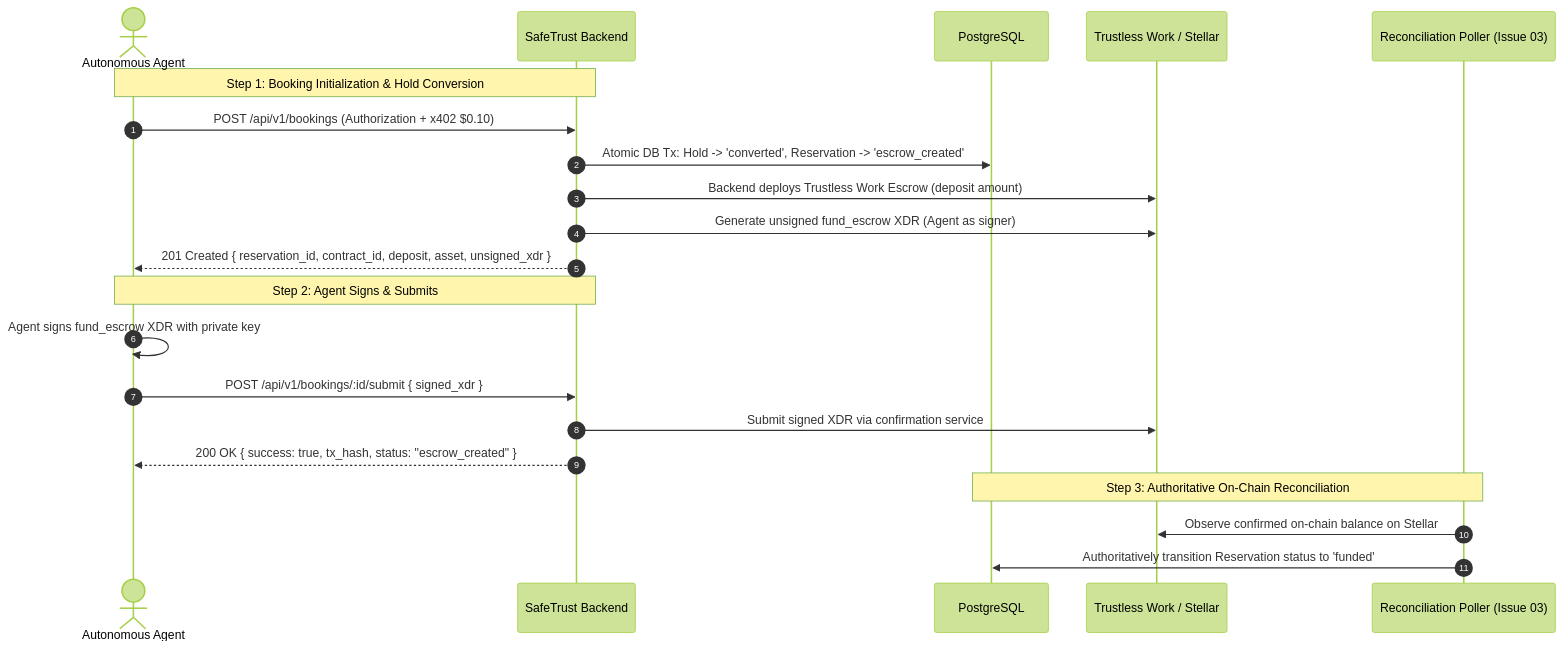
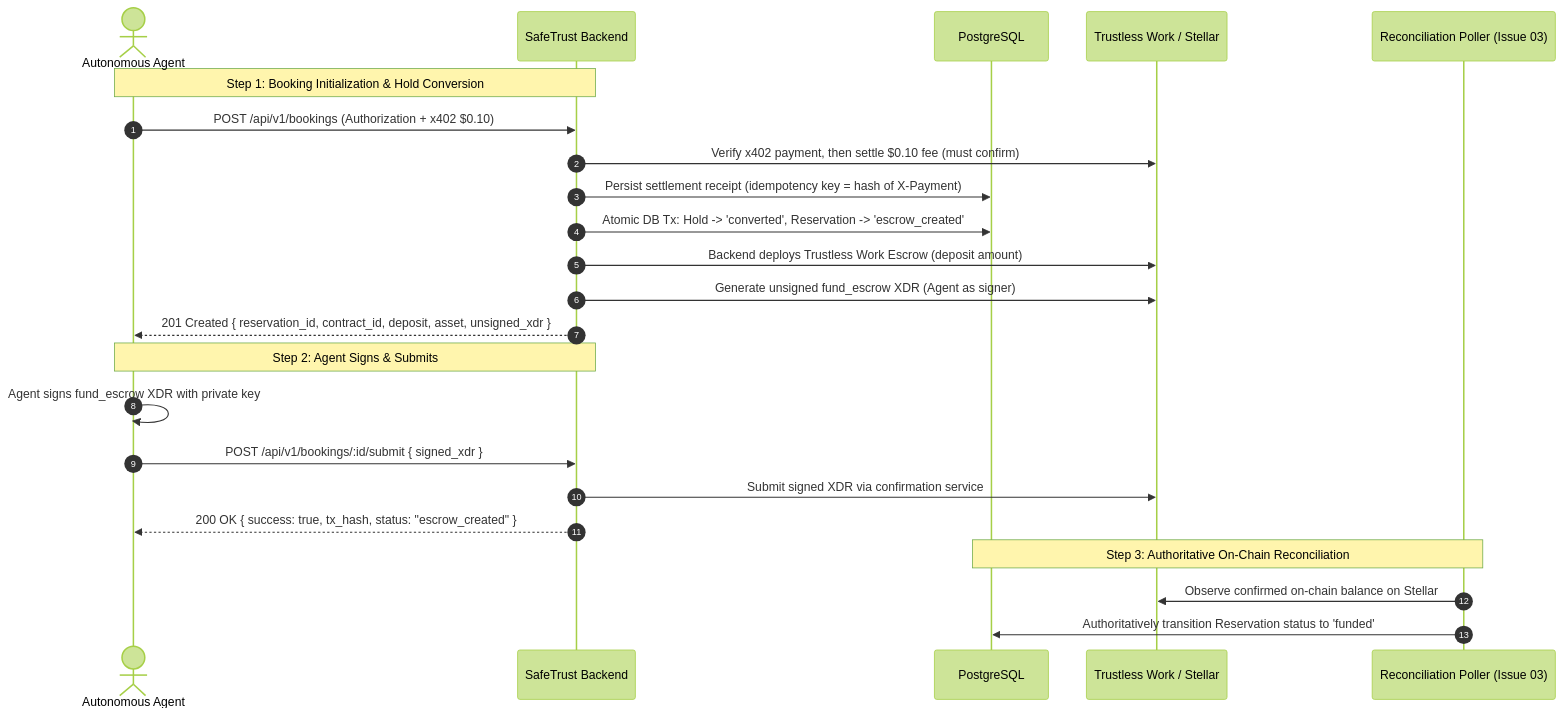
The diagram in docs/api/agents/bookings.md (safetrustcr/backend-SafeTrust), drawn with Mermaid (forest theme) before and after one commit. The commit also changed other lines of this file and 15 other files, not shown here.

````diff
--- a/docs/api/agents/bookings.md
+++ b/docs/api/agents/bookings.md
@@ -13,26 +13,28 @@
 ```mermaid
 sequenceDiagram
     autonumber
     actor Agent as Autonomous Agent
     participant ST as SafeTrust Backend
     participant DB as PostgreSQL
     participant TW as Trustless Work / Stellar
     participant Poller as Reconciliation Poller (Issue 03)
 
     Note over Agent,ST: Step 1: Booking Initialization & Hold Conversion
     Agent->>ST: POST /api/v1/bookings (Authorization + x402 $0.10)
+    ST->>TW: Verify x402 payment, then settle $0.10 fee (must confirm)
+    ST->>DB: Persist settlement receipt (idempotency key = hash of X-Payment)
     ST->>DB: Atomic DB Tx: Hold -> 'converted', Reservation -> 'escrow_created'
     ST->>TW: Backend deploys Trustless Work Escrow (deposit amount)
     ST->>TW: Generate unsigned fund_escrow XDR (Agent as signer)
     ST-->>Agent: 201 Created { reservation_id, contract_id, deposit, asset, unsigned_xdr }
 
     Note over Agent,ST: Step 2: Agent Signs & Submits
     Agent->>Agent: Agent signs fund_escrow XDR with private key
     Agent->>ST: POST /api/v1/bookings/:id/submit { signed_xdr }
     ST->>TW: Submit signed XDR via confirmation service
     ST-->>Agent: 200 OK { success: true, tx_hash, status: "escrow_created" }
 
     Note over Poller,DB: Step 3: Authoritative On-Chain Reconciliation
     Poller->>TW: Observe confirmed on-chain balance on Stellar
     Poller->>DB: Authoritatively transition Reservation status to 'funded'
 ```
````
